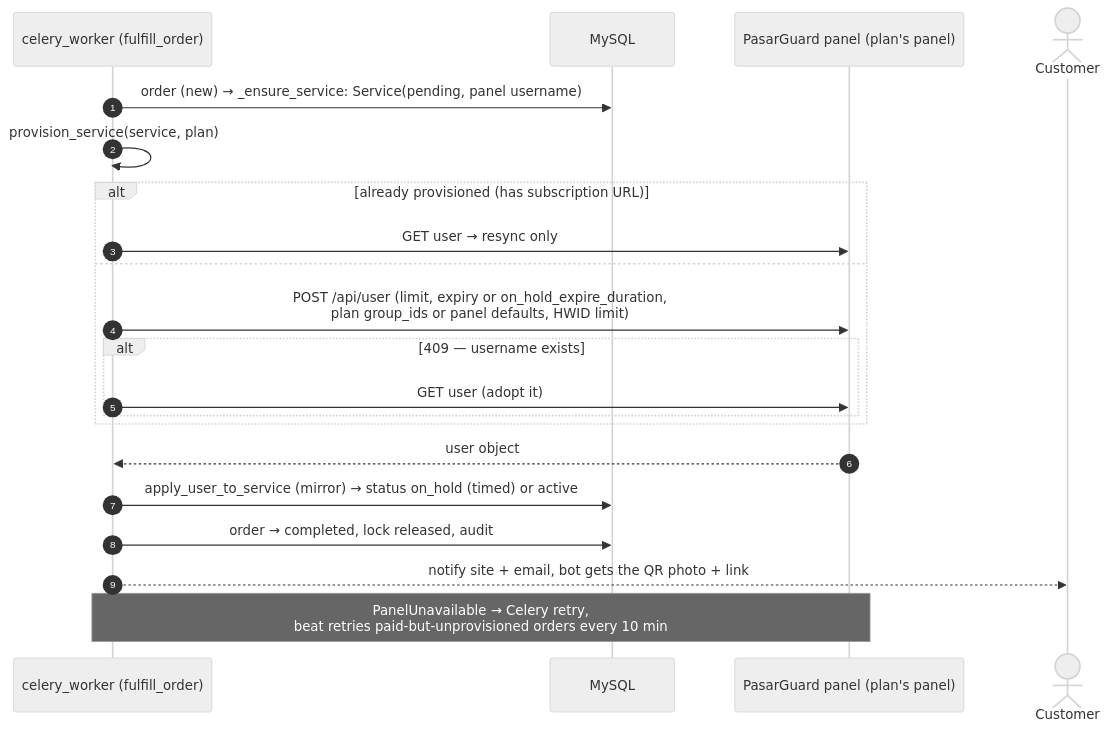
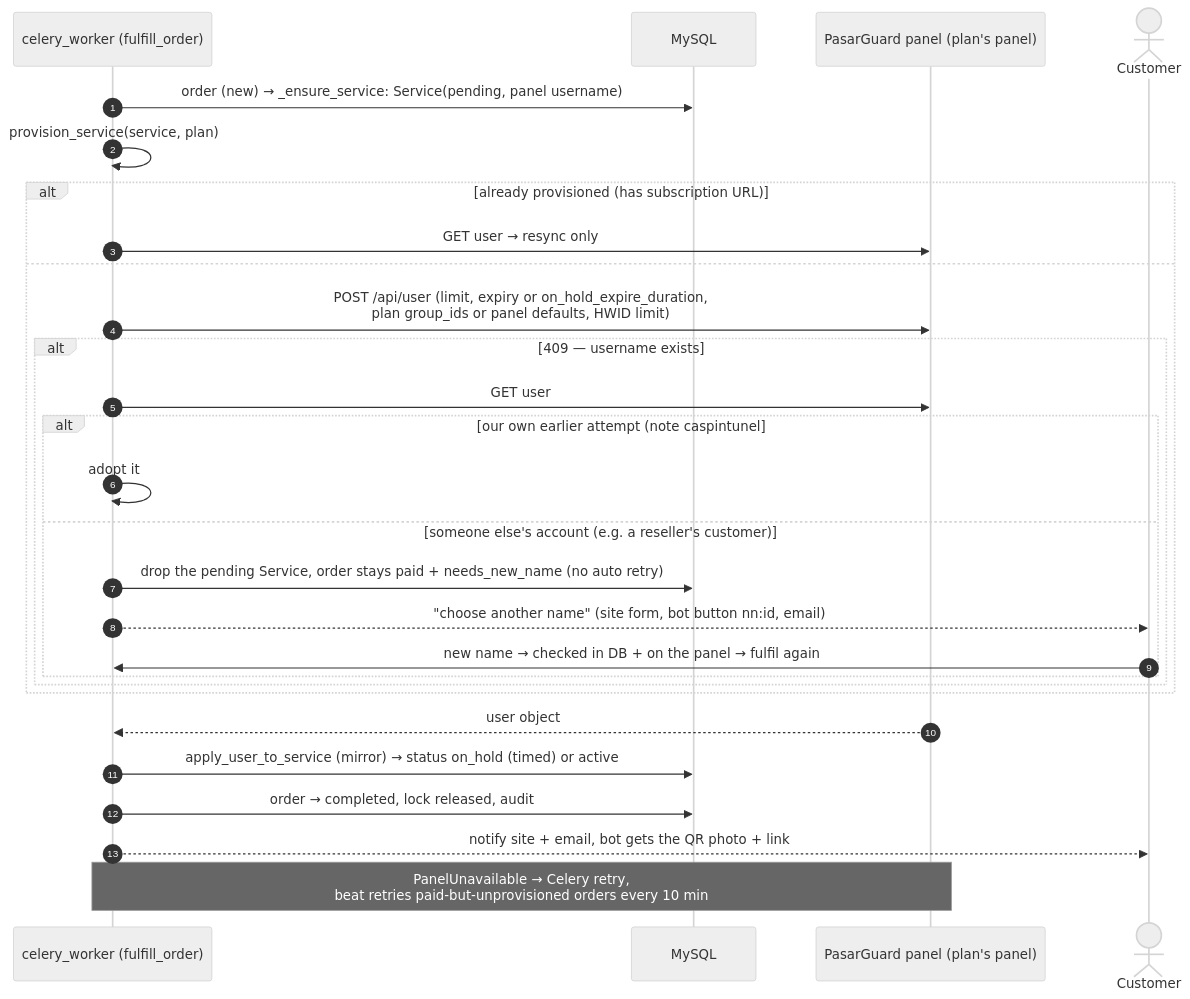
Before and after one commit to santiyagoburcart/caspintunel: the fourth of 15 diagrams in docs/flows.md, drawn with Mermaid (neutral theme). The commit also changed other lines of this file and 24 other files, not shown here.

First line of the commit message:
Release 1.22.3: never attach a customer to someone else's panel account

````diff
--- a/docs/flows.md
+++ b/docs/flows.md
@@ -128,24 +128,31 @@
 ```mermaid
 sequenceDiagram
     autonumber
     participant W as celery_worker (fulfill_order)
     participant DB as MySQL
     participant PG as PasarGuard panel (plan's panel)
     actor C as Customer
 
     W->>DB: order (new) → _ensure_service: Service(pending, panel username)
     W->>W: provision_service(service, plan)
     alt already provisioned (has subscription URL)
         W->>PG: GET user → resync only
     else
         W->>PG: POST /api/user (limit, expiry or on_hold_expire_duration,<br/>plan group_ids or panel defaults, HWID limit)
         alt 409 — username exists
-            W->>PG: GET user (adopt it)
+            W->>PG: GET user
+            alt our own earlier attempt (note caspintunel#id, not older than the service)
+                W->>W: adopt it
+            else someone else's account (e.g. a reseller's customer)
+                W->>DB: drop the pending Service, order stays paid + needs_new_name (no auto retry)
+                W-->>C: "choose another name" (site form, bot button nn:id, email)
+                C->>W: new name → checked in DB + on the panel → fulfil again
+            end
         end
     end
     PG-->>W: user object
     W->>DB: apply_user_to_service (mirror) → status on_hold (timed) or active
     W->>DB: order → completed, lock released, audit
     W-->>C: notify site + email, bot gets the QR photo + link
     Note over W,PG: PanelUnavailable → Celery retry,<br/>beat retries paid-but-unprovisioned orders every 10 min
 ```
````
